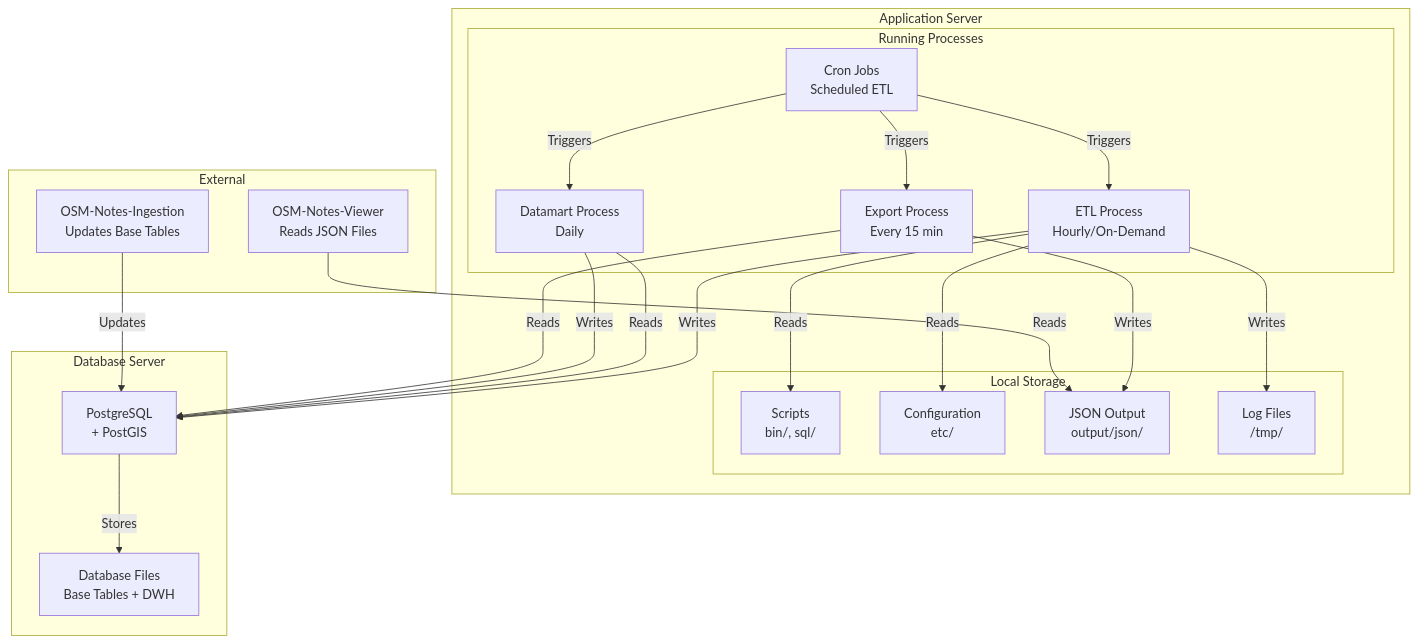
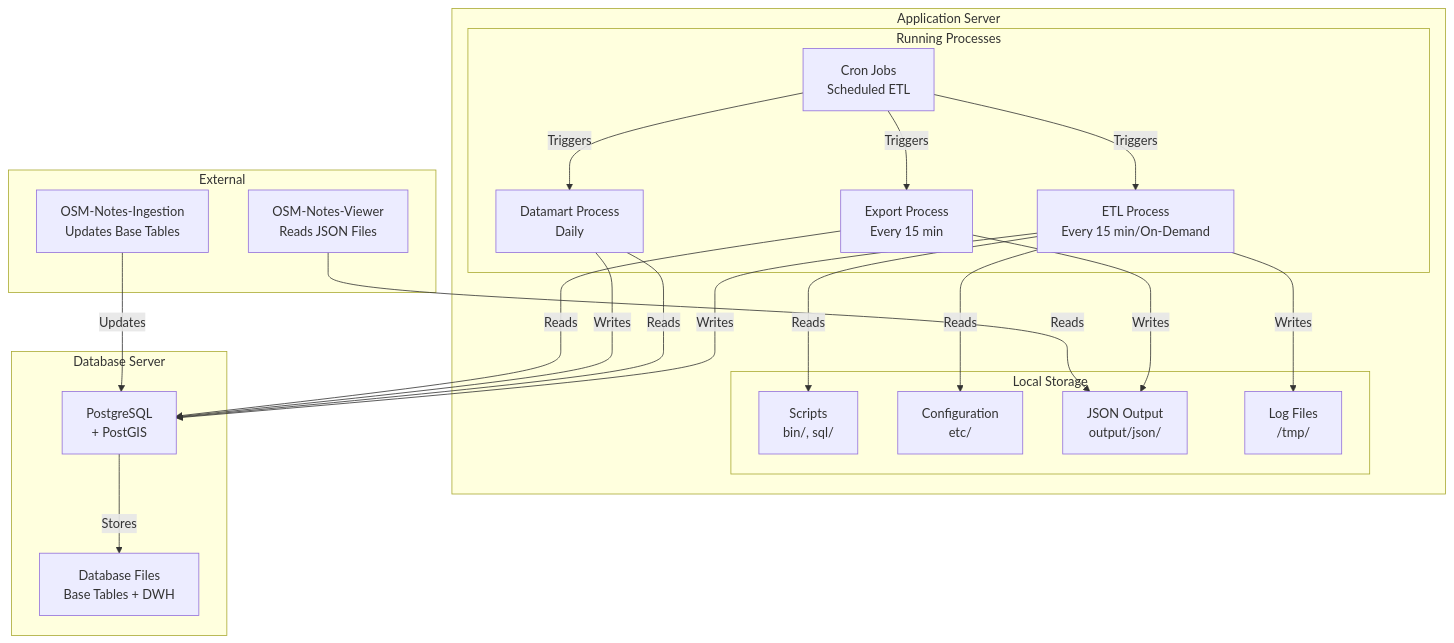
Before and after one commit to OSMLatam/OSM-Notes-Analytics: the seventh of 9 diagrams in docs/Architecture_Diagram.md, drawn with Mermaid. The commit also changed 5 other files, not shown here.

````diff
--- a/docs/Architecture_Diagram.md
+++ b/docs/Architecture_Diagram.md
@@ -418,48 +418,48 @@
 ```mermaid
 graph TB
     subgraph Server["Application Server"]
         subgraph Processes["Running Processes"]
             CRON[Cron Jobs<br/>Scheduled ETL]
-            ETL_PROC[ETL Process<br/>Hourly/On-Demand]
+            ETL_PROC[ETL Process<br/>Every 15 min/On-Demand]
             DATAMART_PROC[Datamart Process<br/>Daily]
             EXPORT_PROC[Export Process<br/>Every 15 min]
         end
         
         subgraph Storage["Local Storage"]
             SCRIPTS[Scripts<br/>bin/, sql/]
             CONFIG[Configuration<br/>etc/]
             OUTPUT[JSON Output<br/>output/json/]
             LOGS[Log Files<br/>/tmp/]
         end
     end
     
     subgraph Database_Server["Database Server"]
         POSTGRES[PostgreSQL<br/>+ PostGIS]
         DB_STORAGE[Database Files<br/>Base Tables + DWH]
     end
     
     subgraph External["External"]
         INGESTION[OSM-Notes-Ingestion<br/>Updates Base Tables]
         VIEWER[OSM-Notes-Viewer<br/>Reads JSON Files]
     end
     
     CRON -->|Triggers| ETL_PROC
     CRON -->|Triggers| DATAMART_PROC
     CRON -->|Triggers| EXPORT_PROC
     
     ETL_PROC -->|Reads| SCRIPTS
     ETL_PROC -->|Reads| CONFIG
     ETL_PROC -->|Writes| POSTGRES
     ETL_PROC -->|Writes| LOGS
     
     DATAMART_PROC -->|Reads| POSTGRES
     DATAMART_PROC -->|Writes| POSTGRES
     
     EXPORT_PROC -->|Reads| POSTGRES
     EXPORT_PROC -->|Writes| OUTPUT
     
     INGESTION -->|Updates| POSTGRES
     VIEWER -->|Reads| OUTPUT
     
     POSTGRES -->|Stores| DB_STORAGE
 ```
````
